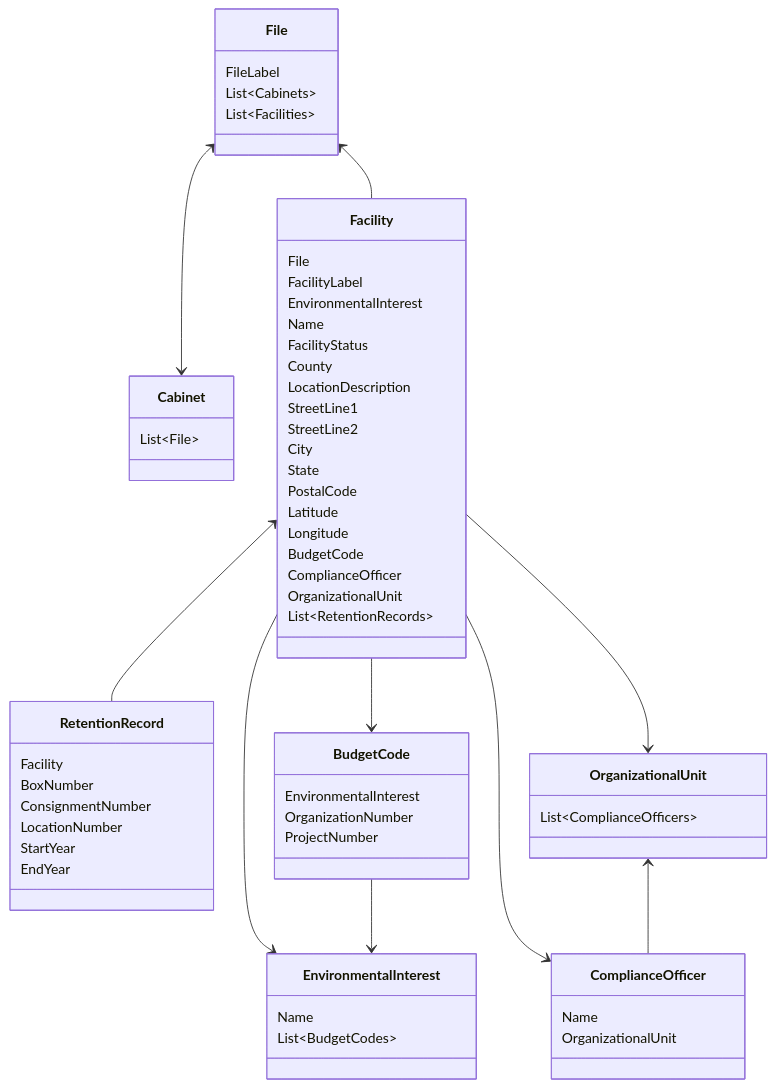
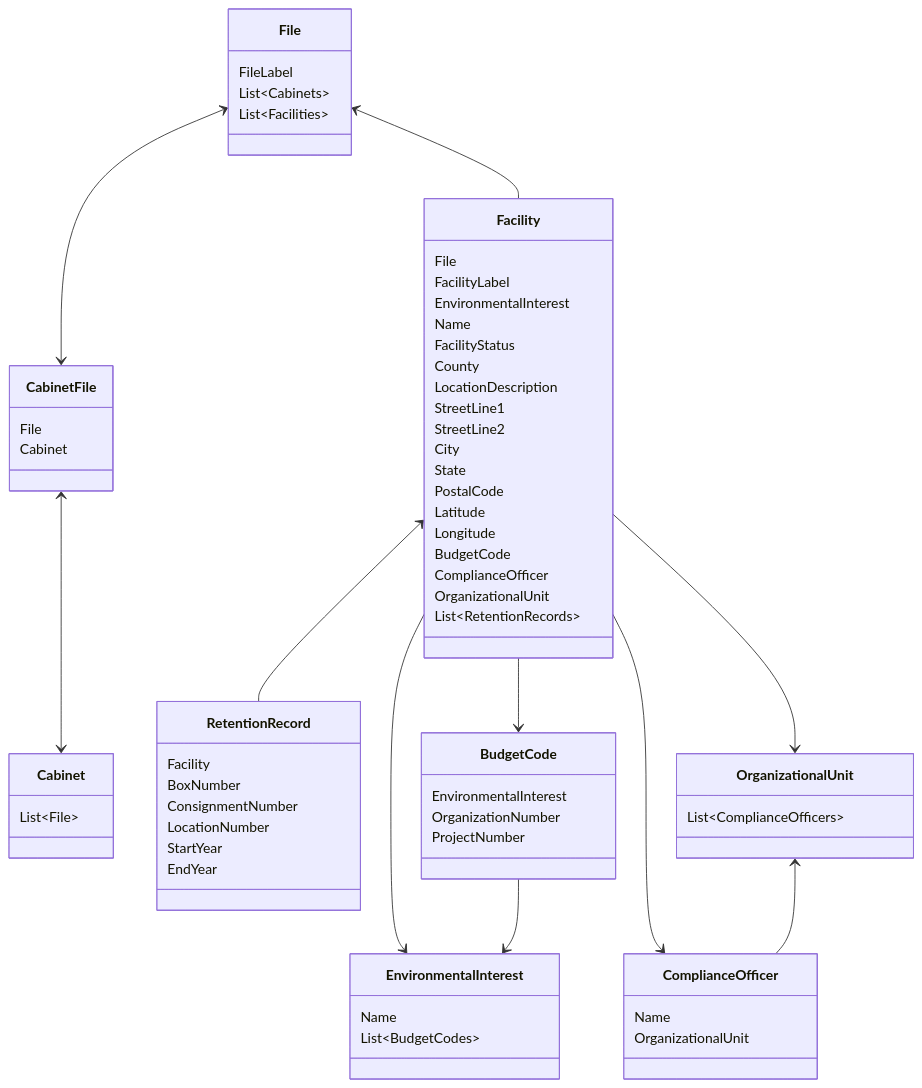
One commit to gaepdit/FMS changed the diagram in docs/ER-diagram.md. Above: the diagram before and after it, drawn with Mermaid. The commit also changed 12 other files, not shown here.

````diff
--- a/docs/ER-diagram.md
+++ b/docs/ER-diagram.md
@@ -3,7 +3,8 @@
 ```mermaid
 
 classDiagram
-    File <--> Cabinet
+    File <--> CabinetFile
+    CabinetFile <--> Cabinet
     File <-- Facility
         
     Facility <-- RetentionRecord
@@ -22,6 +23,11 @@
     FileLabel
     List~Cabinets~
     List~Facilities~
+}
+
+class CabinetFile{
+    File
+    Cabinet
 }
 
 class Cabinet {
````
